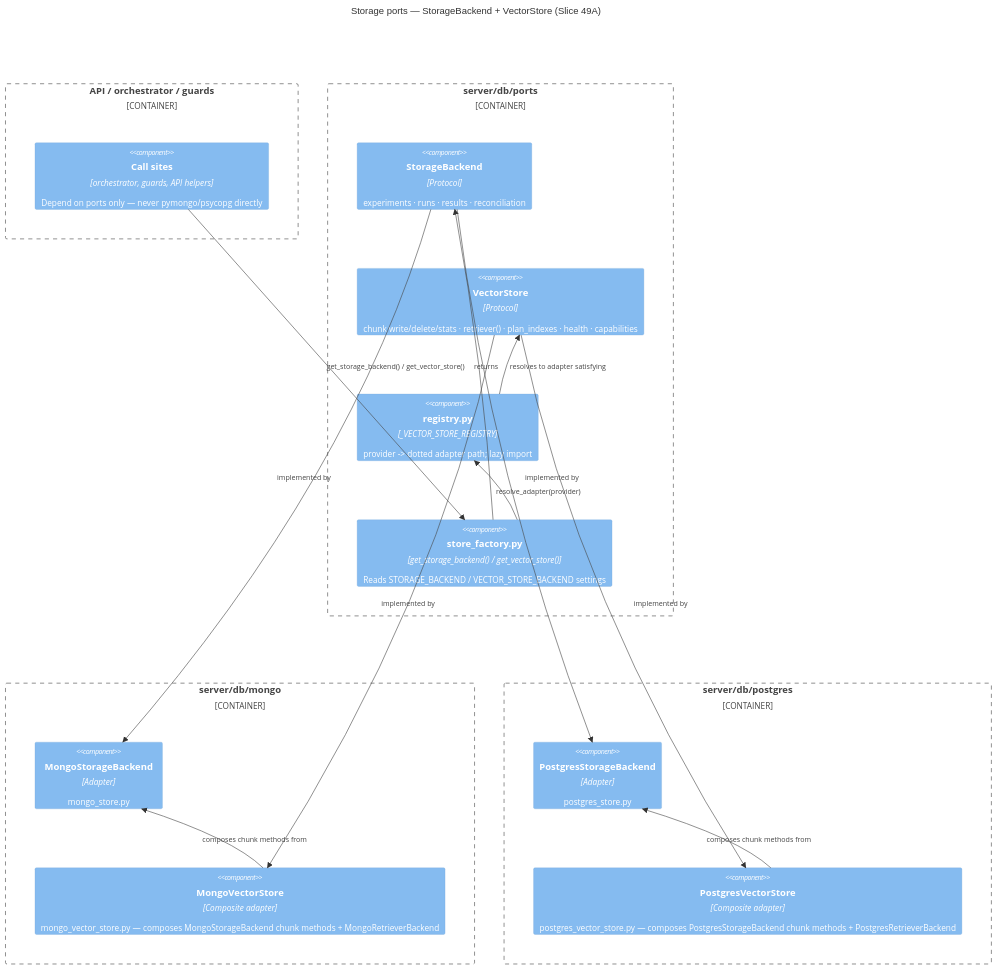
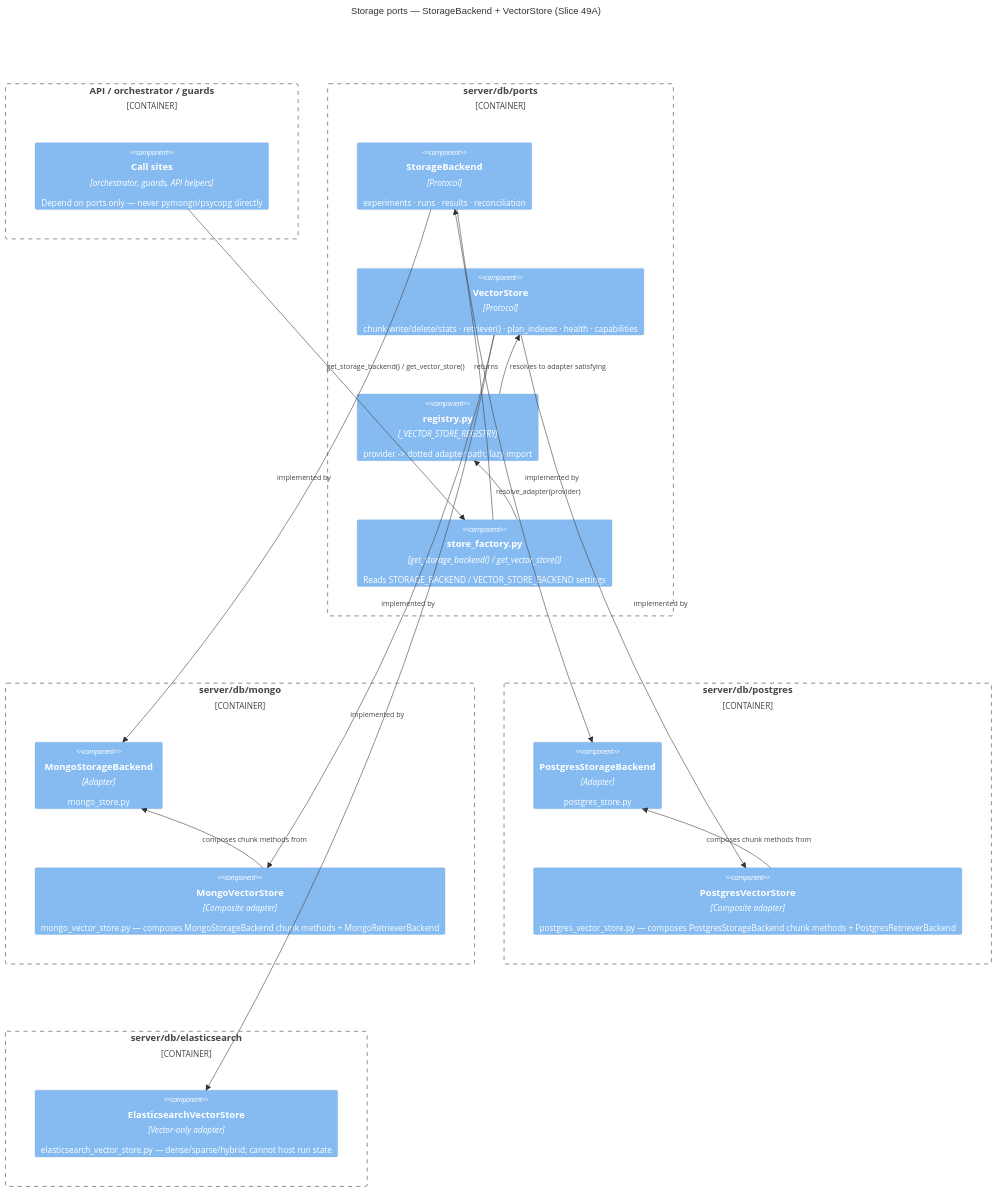
Before and after one commit to neomatrix369/rag-params-finder: the fifth of 6 diagrams in docs/contributor-guide/architecture.md, drawn with Mermaid. The commit also changed other lines of this file and 1 other file, not shown here.

Commit message:
docs(storage): record the Elasticsearch adapter in the port diagram
The storage-port diagram and the add-a-store guide still said no third
adapter was registered. Elasticsearch is vector-only and already on the
registry; cluster setup stays in Slice 51.

````diff
--- a/docs/contributor-guide/architecture.md
+++ b/docs/contributor-guide/architecture.md
@@ -314,31 +315,35 @@
 ```mermaid
 C4Component
     title Storage ports — StorageBackend + VectorStore (Slice 49A)
     Container_Boundary(api, "API / orchestrator / guards") {
         Component(caller, "Call sites", "orchestrator, guards, API helpers", "Depend on ports only — never pymongo/psycopg directly")
     }
     Container_Boundary(ports, "server/db/ports") {
         Component(storage_port, "StorageBackend", "Protocol", "experiments · runs · results · reconciliation")
         Component(vector_port, "VectorStore", "Protocol", "chunk write/delete/stats · retriever() · plan_indexes · health · capabilities")
         Component(registry, "registry.py", "_VECTOR_STORE_REGISTRY", "provider -> dotted adapter path; lazy import")
         Component(factory, "store_factory.py", "get_storage_backend() / get_vector_store()", "Reads STORAGE_BACKEND / VECTOR_STORE_BACKEND settings")
     }
     Container_Boundary(mongo, "server/db/mongo") {
         Component(mongo_storage, "MongoStorageBackend", "Adapter", "mongo_store.py")
         Component(mongo_vector, "MongoVectorStore", "Composite adapter", "mongo_vector_store.py — composes MongoStorageBackend chunk methods + MongoRetrieverBackend")
     }
     Container_Boundary(pg, "server/db/postgres") {
         Component(pg_storage, "PostgresStorageBackend", "Adapter", "postgres_store.py")
         Component(pg_vector, "PostgresVectorStore", "Composite adapter", "postgres_vector_store.py — composes PostgresStorageBackend chunk methods + PostgresRetrieverBackend")
     }
+    Container_Boundary(es, "server/db/elasticsearch") {
+        Component(es_vector, "ElasticsearchVectorStore", "Vector-only adapter", "elasticsearch_vector_store.py — dense/sparse/hybrid; cannot host run state")
+    }
     Rel(caller, factory, "get_storage_backend() / get_vector_store()")
     Rel(factory, registry, "resolve_adapter(provider)")
     Rel(factory, storage_port, "returns")
     Rel(registry, vector_port, "resolves to adapter satisfying")
     Rel(storage_port, mongo_storage, "implemented by")
     Rel(storage_port, pg_storage, "implemented by")
     Rel(vector_port, mongo_vector, "implemented by")
     Rel(vector_port, pg_vector, "implemented by")
+    Rel(vector_port, es_vector, "implemented by")
     Rel(mongo_vector, mongo_storage, "composes chunk methods from")
     Rel(pg_vector, pg_storage, "composes chunk methods from")
 ```
````
